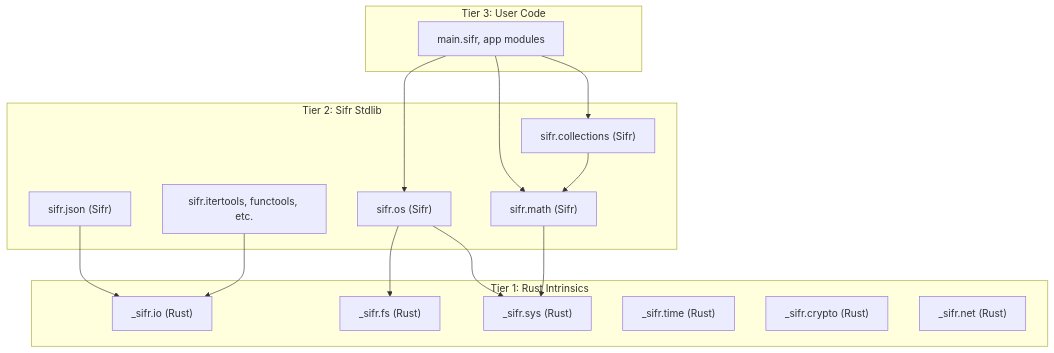
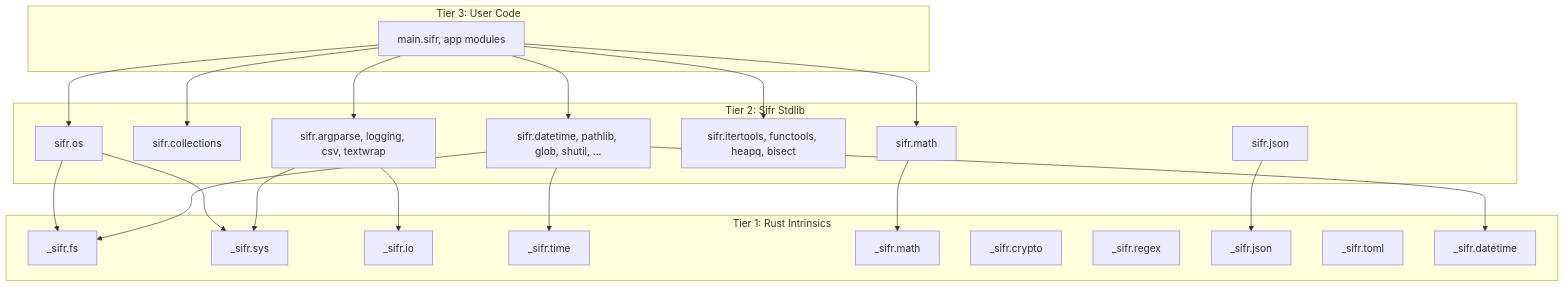
The diagram in .cursor/plans/hybrid_stdlib_architecture_67d3c0a1.md (sifr-lang/sifr), drawn with Mermaid before and after one commit. The commit also changed other lines of this file, not shown here.

````diff
--- a/.cursor/plans/hybrid_stdlib_architecture_67d3c0a1.md
+++ b/.cursor/plans/hybrid_stdlib_architecture_67d3c0a1.md
@@ -33,30 +48,42 @@
 ```mermaid
 graph TD
     subgraph tier3 [Tier 3: User Code]
         UserCode["main.sifr, app modules"]
     end
     subgraph tier2 [Tier 2: Sifr Stdlib]
-        SifrOS["sifr.os (Sifr)"]
-        SifrCollections["sifr.collections (Sifr)"]
-        SifrMath["sifr.math (Sifr)"]
-        SifrJSON["sifr.json (Sifr)"]
-        SifrMore["sifr.itertools, functools, etc."]
+        SifrOS["sifr.os"]
+        SifrCollections["sifr.collections"]
+        SifrMath["sifr.math"]
+        SifrJSON["sifr.json"]
+        SifrAlgo["sifr.itertools, functools, heapq, bisect"]
+        SifrUtil["sifr.argparse, logging, csv, textwrap"]
+        SifrMore["sifr.datetime, pathlib, glob, shutil, ..."]
     end
     subgraph tier1 [Tier 1: Rust Intrinsics]
-        IO["_sifr.io (Rust)"]
-        FS["_sifr.fs (Rust)"]
-        Sys["_sifr.sys (Rust)"]
-        Time["_sifr.time (Rust)"]
-        Crypto["_sifr.crypto (Rust)"]
-        Net["_sifr.net (Rust)"]
+        FS["_sifr.fs"]
+        Sys["_sifr.sys"]
+        IO["_sifr.io"]
+        TimePrim["_sifr.time"]
+        MathPrim["_sifr.math"]
+        Crypto["_sifr.crypto"]
+        Regex["_sifr.regex"]
+        JSON["_sifr.json"]
+        TOML["_sifr.toml"]
+        DateTime["_sifr.datetime"]
     end
     UserCode --> SifrOS
     UserCode --> SifrCollections
     UserCode --> SifrMath
+    UserCode --> SifrAlgo
+    UserCode --> SifrUtil
+    UserCode --> SifrMore
     SifrOS --> FS
     SifrOS --> Sys
-    SifrJSON --> IO
-    SifrCollections --> SifrMath
-    SifrMath --> Sys
-    SifrMore --> IO
+    SifrJSON --> JSON
+    SifrMath --> MathPrim
+    SifrMore --> FS
+    SifrMore --> DateTime
+    SifrMore --> TimePrim
+    SifrUtil --> IO
+    SifrUtil --> Sys
 ```
````
